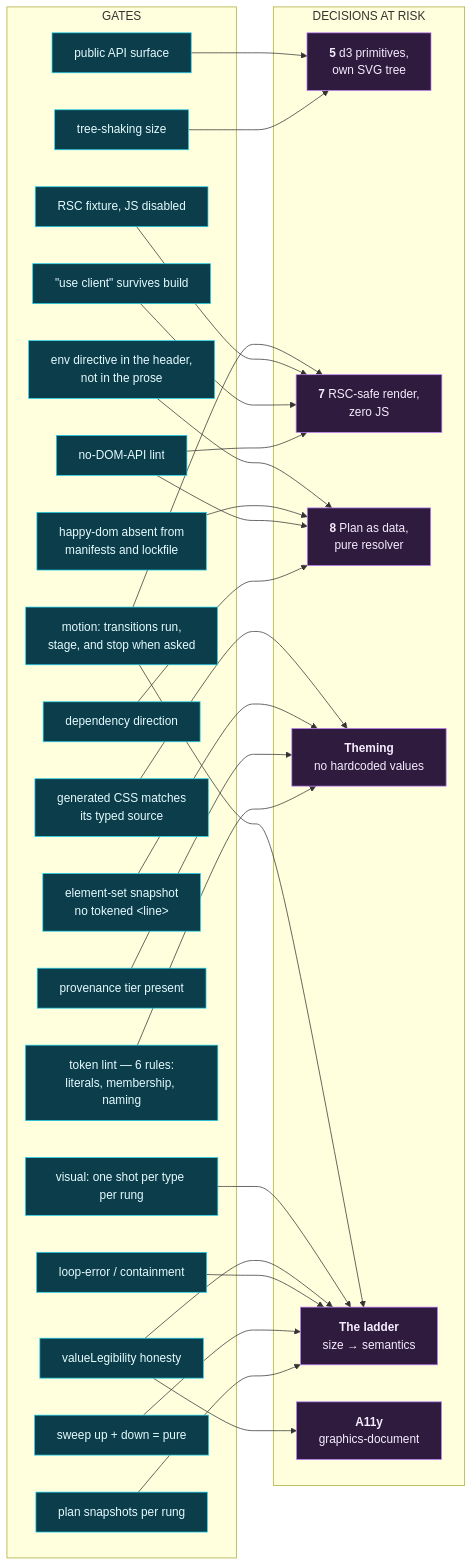
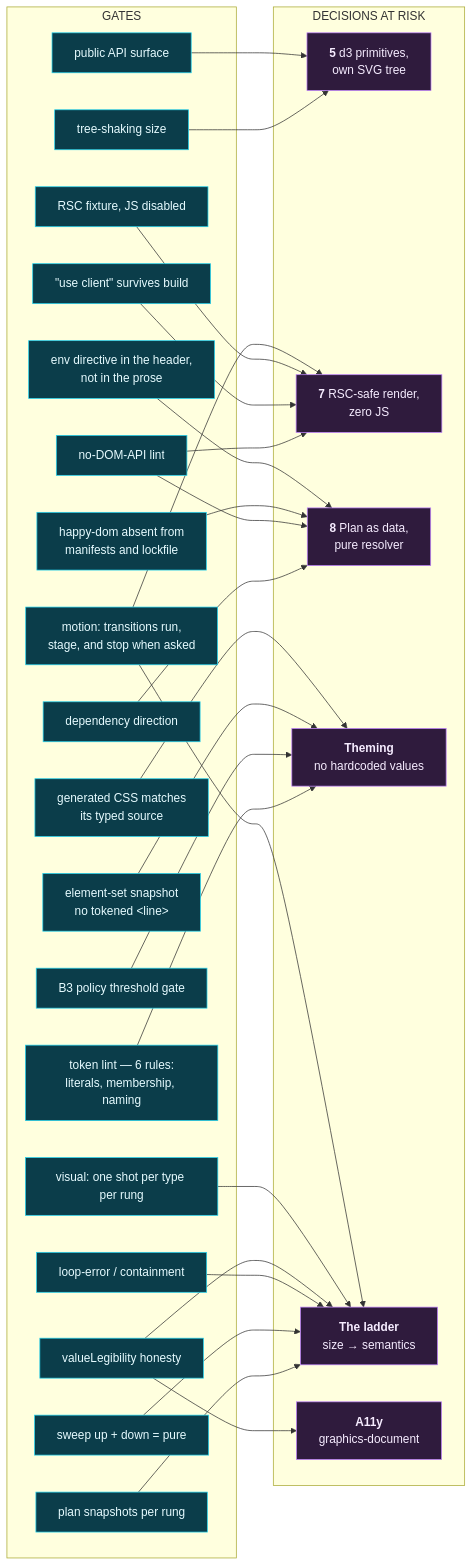
Before and after one commit to DeshpandeBoy/Defence-Charts: the first of 2 diagrams in research/maps/04-ci-gate-map.md, drawn with Mermaid. The commit also changed other lines of this file and 50 other files, not shown here.

First line of the commit message:
feat: Update token flow and CI gate maps; enhance policy threshold checks

````diff
--- a/research/maps/04-ci-gate-map.md
+++ b/research/maps/04-ci-gate-map.md
@@ -12,59 +12,59 @@
 ```mermaid
 flowchart LR
     subgraph d["DECISIONS AT RISK"]
         D5["<b>5</b> d3 primitives,<br/>own SVG tree"]
         D7["<b>7</b> RSC-safe render,<br/>zero JS"]
         D8["<b>8</b> Plan as data,<br/>pure resolver"]
         DT["<b>Theming</b><br/>no hardcoded values"]
         DL["<b>The ladder</b><br/>size → semantics"]
         DA["<b>A11y</b><br/>graphics-document"]
     end
 
     subgraph g["GATES"]
         G1["dependency direction"]
         G2["no-DOM-API lint"]
         G3["&quot;use client&quot; survives build"]
         G4["RSC fixture, JS disabled"]
         G5["tree-shaking size"]
         G6["public API surface"]
         G7["token lint — 6 rules:<br/>literals, membership, naming"]
-        G8["provenance tier present"]
+        G8["B3 policy threshold gate"]
         G9["plan snapshots per rung"]
         G10["sweep up + down = pure"]
         G11["loop-error / containment"]
         G12["valueLegibility honesty"]
         G13["visual: one shot per type per rung"]
         G14["element-set snapshot<br/>no tokened &lt;line&gt;"]
         G15["happy-dom absent from<br/>manifests and lockfile"]
         G16["env directive in the header,<br/>not in the prose"]
         G17["generated CSS matches<br/>its typed source"]
         G19["motion: transitions run,<br/>stage, and stop when asked"]
     end
 
     G1 --> D8
     G2 --> D8
     G2 --> D7
     G3 --> D7
     G4 --> D7
     G5 --> D5
     G6 --> D5
     G7 --> DT
     G8 --> DT
     G9 --> DL
     G10 --> DL
     G11 --> DL
     G12 --> DA
     G12 --> DL
     G13 --> DL
     G14 --> DT
     G15 --> D8
     G16 --> D8
     G17 --> DT
     G19 --> DL
     G19 --> D7
 
     classDef dd fill:#2f1b3d,stroke:#c084fc,color:#f6ecff
     classDef gg fill:#0b3d4a,stroke:#22d3ee,color:#e6fbff
     class D5,D7,D8,DT,DL,DA dd
     class G1,G2,G3,G4,G5,G6,G7,G8,G9,G10,G11,G12,G13,G14,G15,G16,G17,G19 gg
 ```
````
